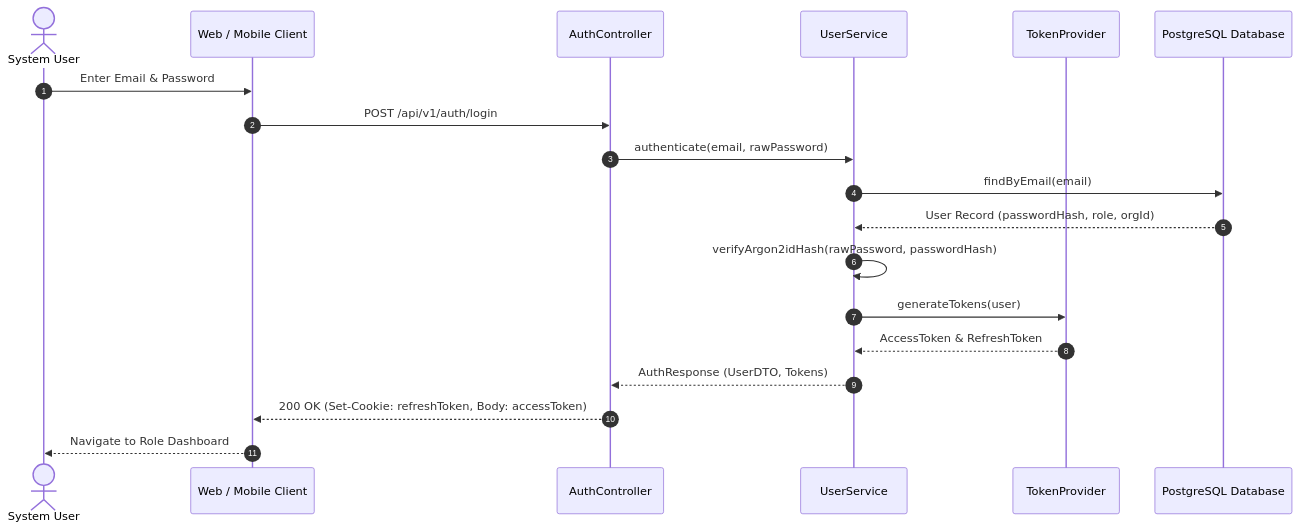
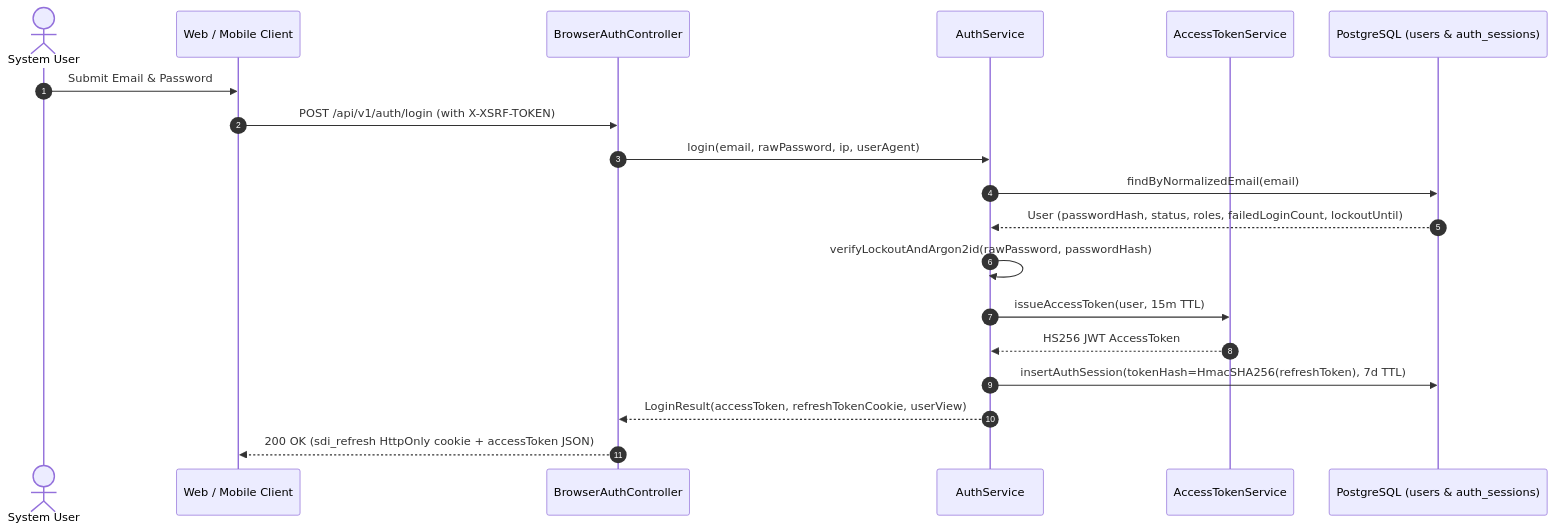
Before and after one commit to tungbach12/SmartDroneInspection-Docs: the second of 22 diagrams in reports/report-4-software-design-document/03-detailed-design.md, drawn with Mermaid. The commit also changed other lines of this file and 155 other files, not shown here.

````diff
--- a/reports/report-4-software-design-document/03-detailed-design.md
+++ b/reports/report-4-software-design-document/03-detailed-design.md
@@ -80,23 +83,23 @@
 ```mermaid
 %% title: User Authentication Sequence Diagram
 sequenceDiagram
   autonumber
   actor User as System User
   participant Client as Web / Mobile Client
-  participant AuthCtrl as AuthController
-  participant UserSvc as UserService
-  participant TokenSvc as TokenProvider
-  participant DB as PostgreSQL Database
+  participant AuthCtrl as BrowserAuthController
+  participant AuthSvc as AuthService
+  participant JwtSvc as AccessTokenService
+  participant DB as PostgreSQL (users & auth_sessions)
 
-  User->>Client: Enter Email & Password
-  Client->>AuthCtrl: POST /api/v1/auth/login
-  AuthCtrl->>UserSvc: authenticate(email, rawPassword)
-  UserSvc->>DB: findByEmail(email)
-  DB-->>UserSvc: User Record (passwordHash, role, orgId)
-  UserSvc->>UserSvc: verifyArgon2idHash(rawPassword, passwordHash)
-  UserSvc->>TokenSvc: generateTokens(user)
-  TokenSvc-->>UserSvc: AccessToken & RefreshToken
-  UserSvc-->>AuthCtrl: AuthResponse (UserDTO, Tokens)
-  AuthCtrl-->>Client: 200 OK (Set-Cookie: refreshToken, Body: accessToken)
-  Client-->>User: Navigate to Role Dashboard
+  User->>Client: Submit Email & Password
+  Client->>AuthCtrl: POST /api/v1/auth/login (with X-XSRF-TOKEN)
+  AuthCtrl->>AuthSvc: login(email, rawPassword, ip, userAgent)
+  AuthSvc->>DB: findByNormalizedEmail(email)
+  DB-->>AuthSvc: User (passwordHash, status, roles, failedLoginCount, lockoutUntil)
+  AuthSvc->>AuthSvc: verifyLockoutAndArgon2id(rawPassword, passwordHash)
+  AuthSvc->>JwtSvc: issueAccessToken(user, 15m TTL)
+  JwtSvc-->>AuthSvc: HS256 JWT AccessToken
+  AuthSvc->>DB: insertAuthSession(tokenHash=HmacSHA256(refreshToken), 7d TTL)
+  AuthSvc-->>AuthCtrl: LoginResult(accessToken, refreshTokenCookie, userView)
+  AuthCtrl-->>Client: 200 OK (sdi_refresh HttpOnly cookie + accessToken JSON)
 ```
````
